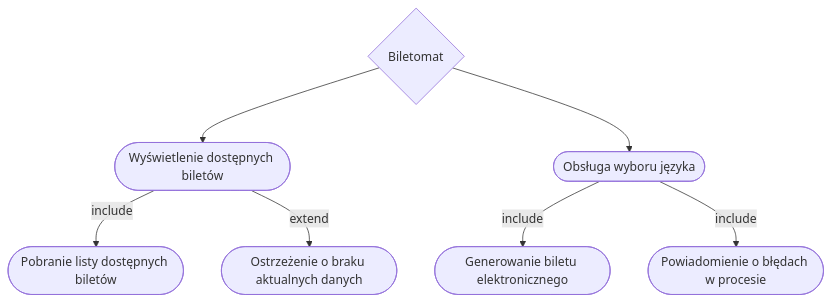
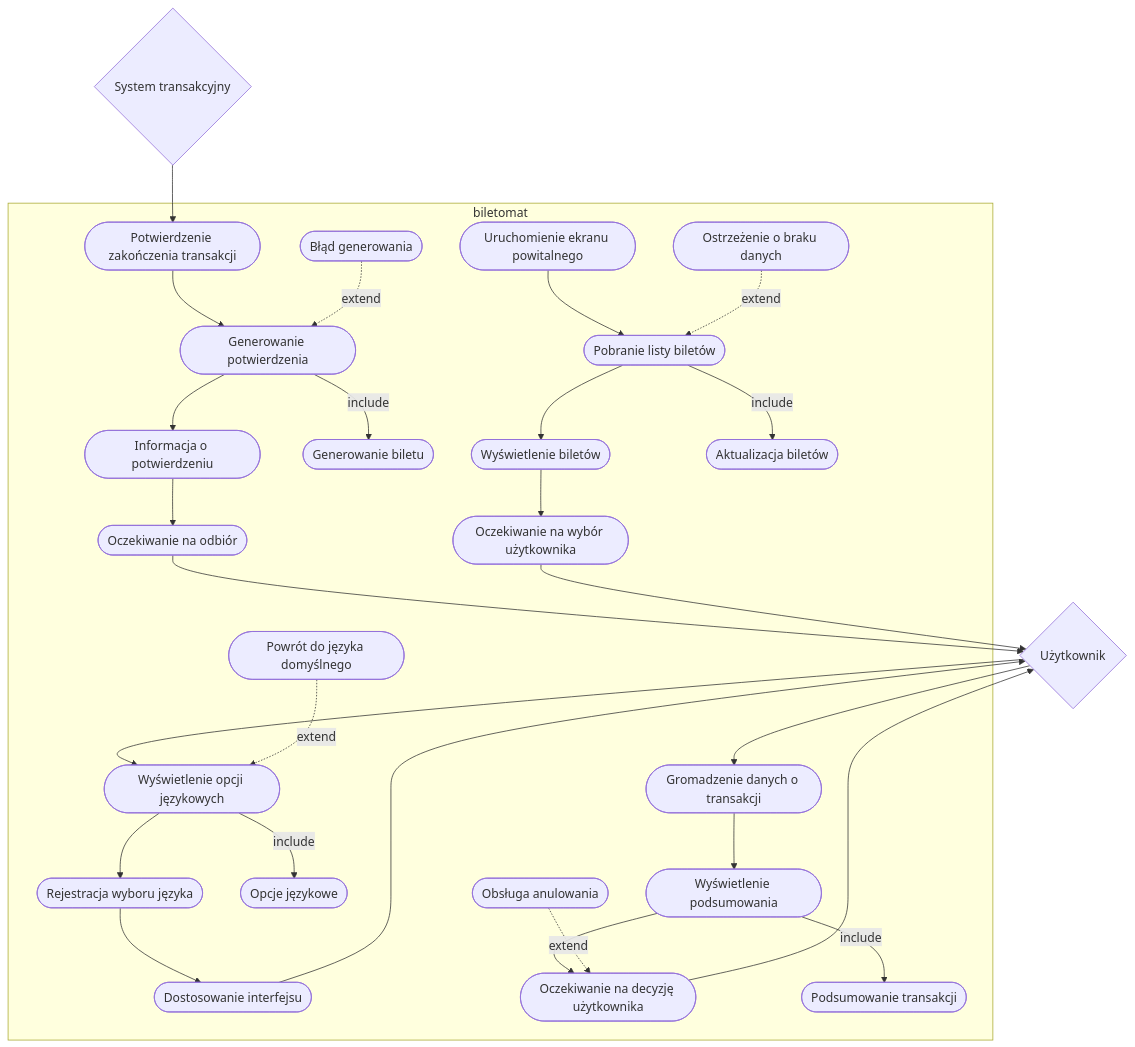
The fifth of 5 diagrams in biletomat.md (pilukal/MWO), drawn with Mermaid before and after one commit. The commit also changed other lines of this file, not shown here.

````diff
--- a/biletomat.md
+++ b/biletomat.md
@@ -107,17 +121,65 @@
 ```mermaid
 flowchart TD
-    biletomat{Biletomat}
-    wyswietlenie_dostepnych_biletow([Wyświetlenie dostępnych biletów])
-    pobranie_listy_dostepnych_biletow([Pobranie listy dostępnych biletów])
-    ostrzezenie_o_braku_aktualnych_danych([Ostrzeżenie o braku aktualnych danych])
-    obsluga_wyboru_jezyka([Obsługa wyboru języka])
-    generowanie_biletu_elektronicznego([Generowanie biletu elektronicznego])
-    powiadomienie_o_bledach_w_procesie([Powiadomienie o błędach w procesie])
     
-    biletomat --> wyswietlenie_dostepnych_biletow
-    wyswietlenie_dostepnych_biletow --> |include| pobranie_listy_dostepnych_biletow
-    wyswietlenie_dostepnych_biletow --> |extend| ostrzezenie_o_braku_aktualnych_danych
-    biletomat --> obsluga_wyboru_jezyka
-    obsluga_wyboru_jezyka --> |include| generowanie_biletu_elektronicznego
-    obsluga_wyboru_jezyka --> |include| powiadomienie_o_bledach_w_procesie
+    System_transakcyjny{System transakcyjny}
+    Uzytkownik{Użytkownik}
+    System_transakcyjny --> Potwierdzenie_zakonczenia_transakcji
+    Oczekiwanie_na_odbior --> Uzytkownik
+
+    Uzytkownik --> Wyświetlenie_opcji_jezykowych
+    Dostosowanie_interfejsu --> Uzytkownik
+
+    Oczekiwanie_na_wybor_uzytkownika --> Uzytkownik
+
+    Uzytkownik --> Gromadzenie_danych_o_transakcji
+    Oczekiwanie_na_decyzje_uzytkownika --> Uzytkownik
+
+    subgraph biletomat
+    
+    Potwierdzenie_zakonczenia_transakcji([Potwierdzenie zakończenia transakcji])
+    Generowanie_potwierdzenia([Generowanie potwierdzenia])
+    Informacja_o_potwierdzeniu([Informacja o potwierdzeniu])
+    Oczekiwanie_na_odbior([Oczekiwanie na odbiór])
+    Generowanie_biletu([Generowanie biletu])
+    Blad_generowania([Błąd generowania])
+    Potwierdzenie_zakonczenia_transakcji --> Generowanie_potwierdzenia
+    Generowanie_potwierdzenia --> Informacja_o_potwierdzeniu
+    Informacja_o_potwierdzeniu --> Oczekiwanie_na_odbior
+    Generowanie_potwierdzenia --> |include| Generowanie_biletu
+    Blad_generowania -.-> |extend| Generowanie_potwierdzenia
+    
+    
+    Wyświetlenie_opcji_jezykowych([Wyświetlenie opcji językowych])
+    Rejestracja_wyboru_jezyka([Rejestracja wyboru języka])
+    Dostosowanie_interfejsu([Dostosowanie interfejsu])
+    Opcje_jezykowe([Opcje językowe])
+    Powrot_do_jezyka_domyslnego([Powrót do języka domyślnego])
+    Wyświetlenie_opcji_jezykowych --> Rejestracja_wyboru_jezyka
+    Rejestracja_wyboru_jezyka --> Dostosowanie_interfejsu
+    Wyświetlenie_opcji_jezykowych --> |include| Opcje_jezykowe
+    Powrot_do_jezyka_domyslnego -.-> |extend| Wyświetlenie_opcji_jezykowych
+    
+
+    Uruchomienie_ekranu_powitalnego([Uruchomienie ekranu powitalnego])
+    Pobranie_listy_biletow([Pobranie listy biletów])
+    Wyswietlenie_biletow([Wyświetlenie biletów])
+    Oczekiwanie_na_wybor_uzytkownika([Oczekiwanie na wybór użytkownika])
+    Aktualizacja_biletow([Aktualizacja biletów])
+    Ostrzezenie_o_braku_danych([Ostrzeżenie o braku danych])
+    Uruchomienie_ekranu_powitalnego --> Pobranie_listy_biletow
+    Pobranie_listy_biletow --> Wyswietlenie_biletow
+    Wyswietlenie_biletow --> Oczekiwanie_na_wybor_uzytkownika
+    Pobranie_listy_biletow --> |include| Aktualizacja_biletow
+    Ostrzezenie_o_braku_danych -.-> |extend| Pobranie_listy_biletow
+
+    Gromadzenie_danych_o_transakcji([Gromadzenie danych o transakcji])
+    Wyswietlenie_podsumowania([Wyświetlenie podsumowania])
+    Oczekiwanie_na_decyzje_uzytkownika([Oczekiwanie na decyzję użytkownika])
+    Podsumowanie_transakcji([Podsumowanie transakcji])
+    Obsluga_anulowania([Obsługa anulowania])
+    Gromadzenie_danych_o_transakcji --> Wyswietlenie_podsumowania
+    Wyswietlenie_podsumowania --> Oczekiwanie_na_decyzje_uzytkownika
+    Wyswietlenie_podsumowania --> |include| Podsumowanie_transakcji
+    Obsluga_anulowania -.-> |extend| Oczekiwanie_na_decyzje_uzytkownika
+    end
 ```
````
